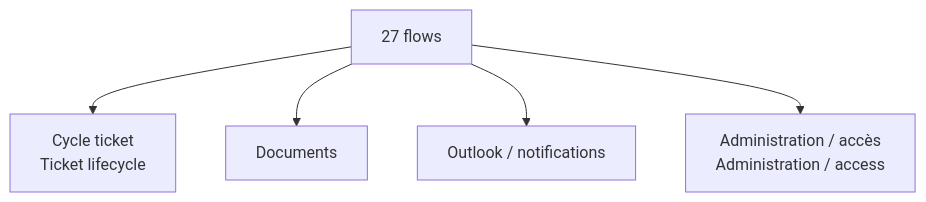
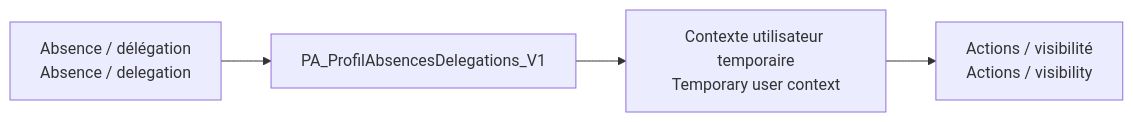
One commit to jeffersonkuku/jefferson-Mawapanga-Saku changed the fourth of 9 diagrams in projects/power-platform-ticketing-system/docs/FLOW_CATALOG.md. Above: the diagram before and after it, drawn with Mermaid. The commit also changed other lines of this file, not shown here.

Commit message:
Document all 27 Power Automate flows and their dependencies

````diff
--- a/projects/power-platform-ticketing-system/docs/FLOW_CATALOG.md
+++ b/projects/power-platform-ticketing-system/docs/FLOW_CATALOG.md
@@ -8,7 +614,7 @@
 ```mermaid
-flowchart TB
-    F[27 flows] --> T[Cycle ticket<br/>Ticket lifecycle]
-    F --> D[Documents]
-    F --> M[Outlook / notifications]
-    F --> A[Administration / accès<br/>Administration / access]
+flowchart LR
+    A[Absence / délégation<br/>Absence / delegation]
+    --> B[PA_ProfilAbsencesDelegations_V1]
+    --> C[Contexte utilisateur temporaire<br/>Temporary user context]
+    --> D[Actions / visibilité<br/>Actions / visibility]
 ```
````
